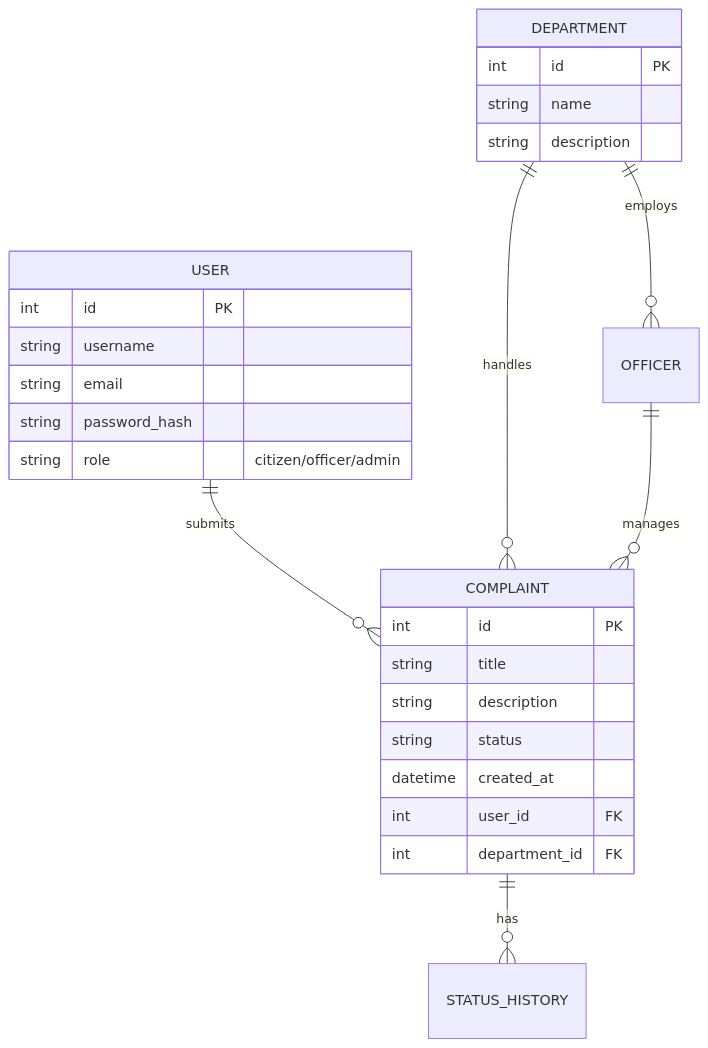
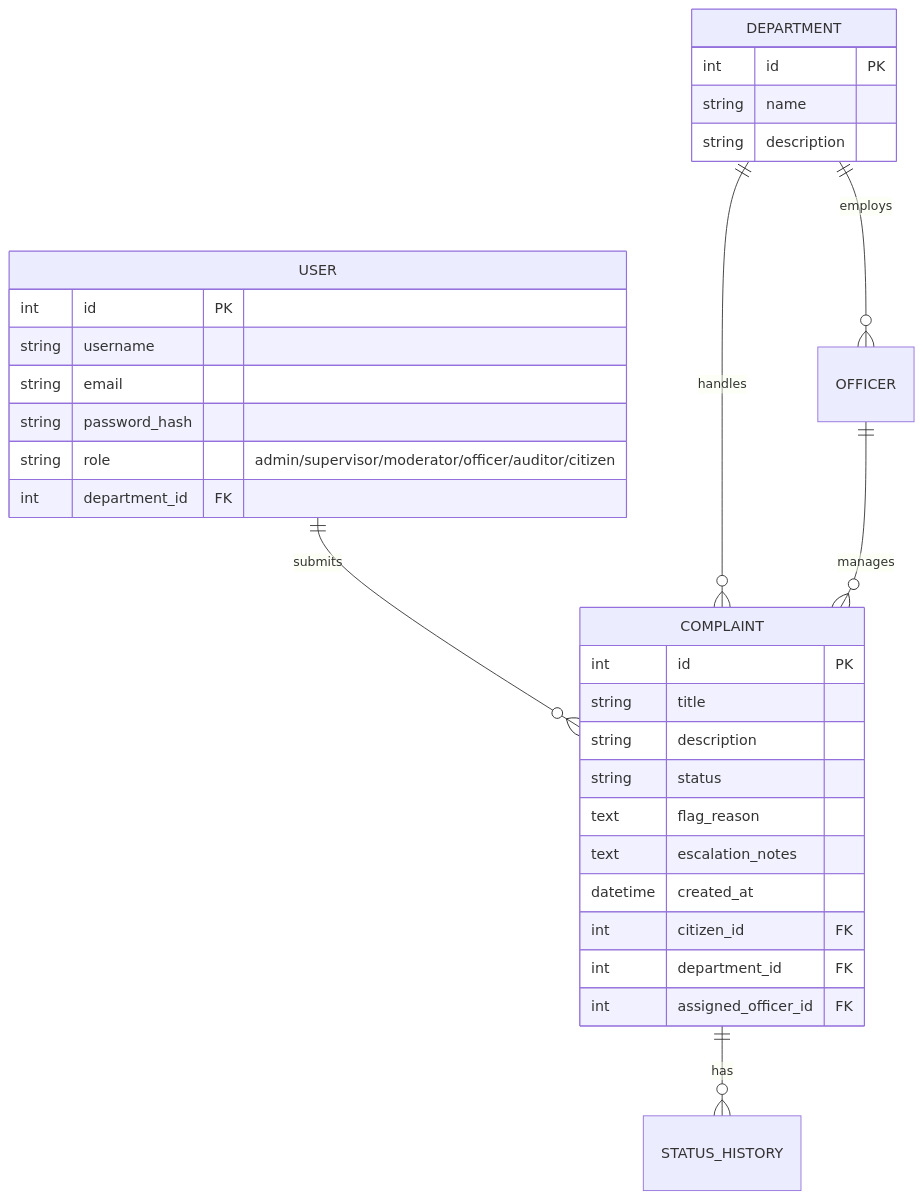
Before and after one commit to alwerad01/CCTRS: the second of 3 diagrams in README.md, drawn with Mermaid. The commit also changed other lines of this file and 26 other files, not shown here.

````diff
--- a/README.md
+++ b/README.md
@@ -42,32 +42,36 @@
 ```mermaid
 erDiagram
     USER ||--o{ COMPLAINT : submits
     DEPARTMENT ||--o{ OFFICER : employs
     DEPARTMENT ||--o{ COMPLAINT : handles
     OFFICER ||--o{ COMPLAINT : manages
     COMPLAINT ||--o{ STATUS_HISTORY : has
 
     USER {
         int id PK
         string username
         string email
         string password_hash
-        string role "citizen/officer/admin"
+        string role "admin/supervisor/moderator/officer/auditor/citizen"
+        int department_id FK
     }
 
     DEPARTMENT {
         int id PK
         string name
         string description
     }
 
     COMPLAINT {
         int id PK
         string title
         string description
         string status
+        text flag_reason
+        text escalation_notes
         datetime created_at
-        int user_id FK
+        int citizen_id FK
         int department_id FK
+        int assigned_officer_id FK
     }
 ```
````
